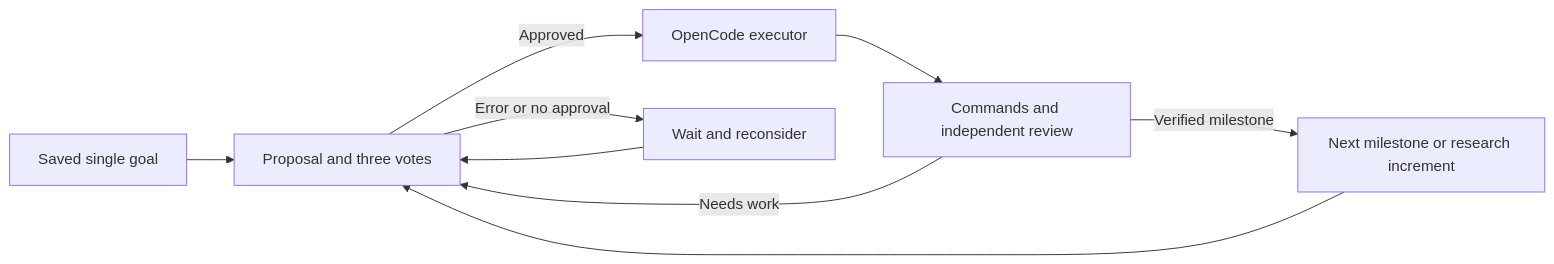
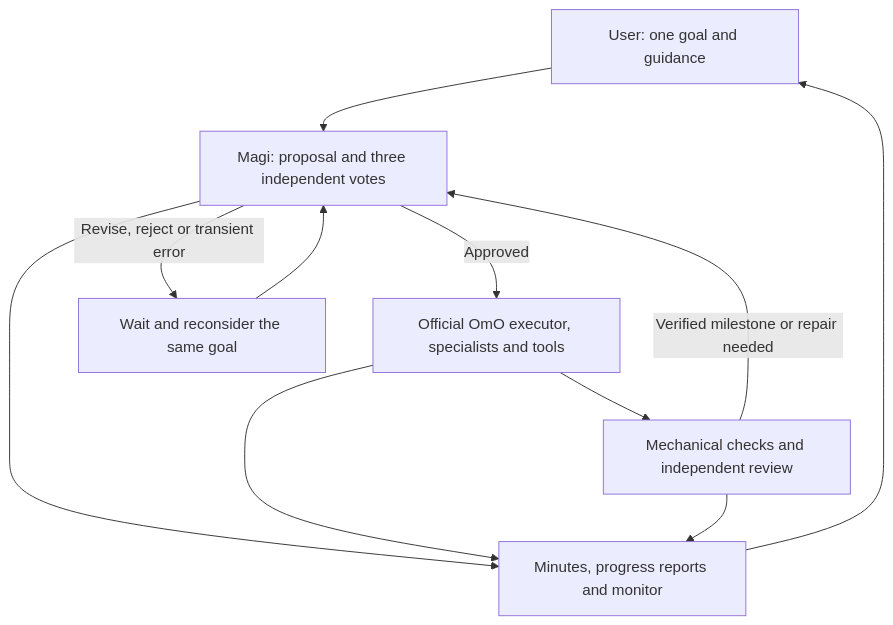
Before and after one commit to eljja/Magi: the diagram in README.md, drawn with Mermaid. The commit also changed other lines of this file and 51 other files, not shown here.

First line of the commit message:
feat(omm): integrate official OmO and harden continuous council operation

````diff
--- a/README.md
+++ b/README.md
@@ -49,11 +78,13 @@
 ```mermaid
-flowchart LR
-  Goal[Saved single goal] --> Council[Proposal and three votes]
-  Council -->|Approved| Executor[OpenCode executor]
-  Executor --> Checks[Commands and independent review]
-  Checks -->|Needs work| Council
-  Checks -->|Verified milestone| Next[Next milestone or research increment]
-  Next --> Council
-  Council -->|Error or no approval| Wait[Wait and reconsider]
-  Wait --> Council
+flowchart TD
+  User[User: one goal and guidance] --> Council[Magi: proposal and three independent votes]
+  Council -->|Approved| OmO[Official OmO executor, specialists and tools]
+  OmO --> Verify[Mechanical checks and independent review]
+  Verify -->|Verified milestone or repair needed| Council
+  Council -->|Revise, reject or transient error| Retry[Wait and reconsider the same goal]
+  Retry --> Council
+  Council --> Records[Minutes, progress reports and monitor]
+  OmO --> Records
+  Verify --> Records
+  Records --> User
 ```
````
